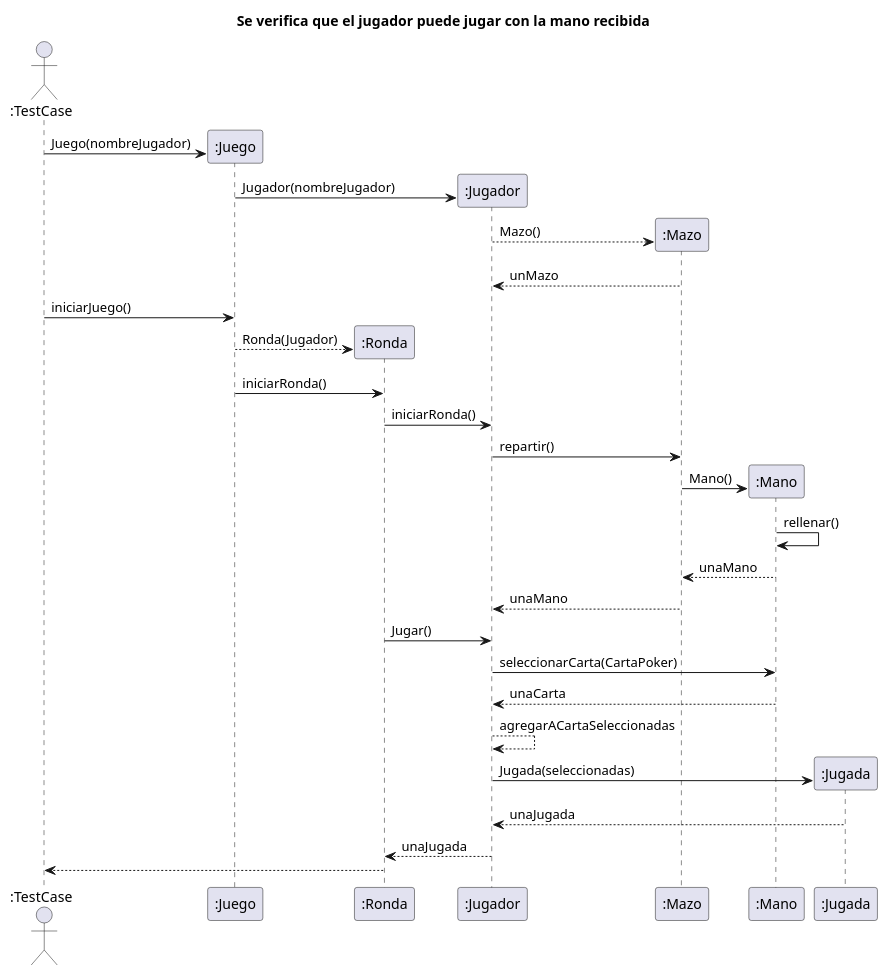
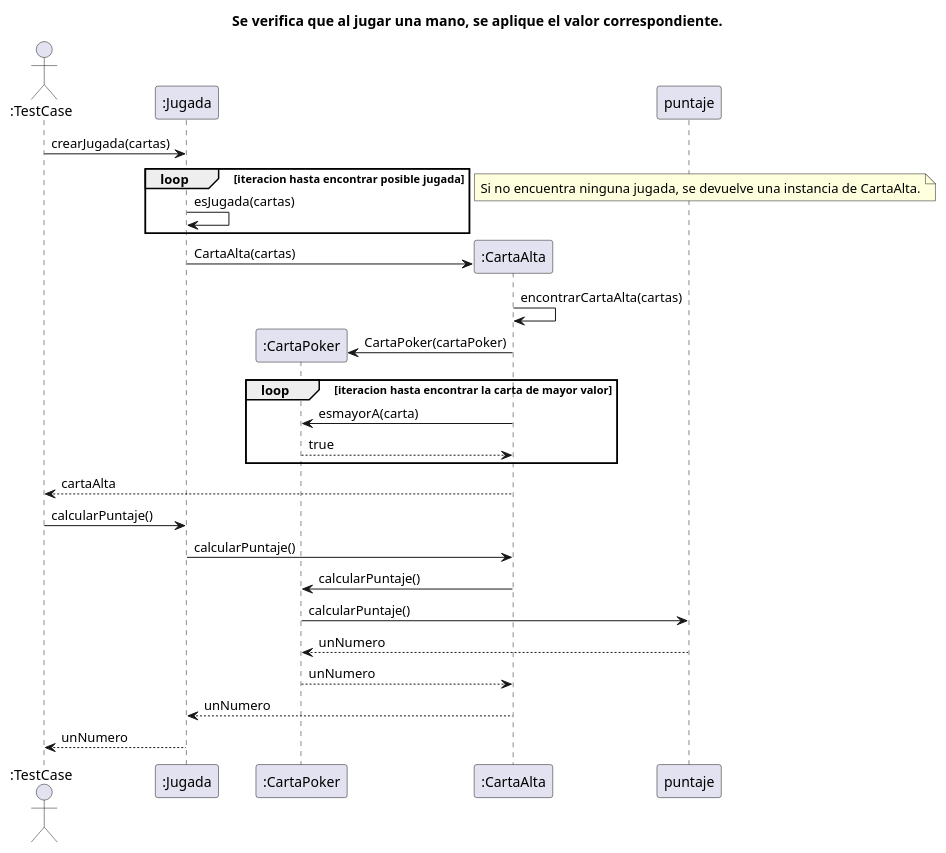
The diagram in diagrams/sequences/Entrega1/test04.puml (carruizdiaz1109/UBAlatro), drawn with PlantUML before and after one commit.

Commit message:
+DS test04

```diff
--- a/diagrams/sequences/Entrega1/test04.puml
+++ b/diagrams/sequences/Entrega1/test04.puml
@@ -1,40 +1,35 @@
 @startuml
 'https://plantuml.com/sequence-diagram
 
-title Se verifica que el jugador puede jugar con la mano recibida
+title Se verifica que al jugar una mano, se aplique el valor correspondiente.
 
 actor ":TestCase" as user
-participant ":Juego" as juego
-participant ":Ronda" as ronda
-participant ":Jugador" as jugador
-participant ":Mazo" as mazo
-participant ":Mano" as mano
+participant ":Jugada" as jugada
+participant ":CartaPoker" as cartaPoker
+participant ":CartaAlta" as cartaAlta
 
-user -> juego**: Juego(nombreJugador)
-juego -> jugador**: Jugador(nombreJugador)
-jugador --> mazo **: Mazo()
-mazo --> jugador: unMazo
-user -> juego: iniciarJuego()
+user -> jugada: crearJugada(cartas)
+    loop iteracion hasta encontrar posible jugada
+        jugada -> jugada: esJugada(cartas)
+    end
+    note left
+        Si no encuentra ninguna jugada, se devuelve una instancia de CartaAlta.
+    end note
+    jugada -> cartaAlta**: CartaAlta(cartas)
+        cartaAlta -> cartaAlta: encontrarCartaAlta(cartas)
+            cartaAlta -> cartaPoker**: CartaPoker(cartaPoker)
+            loop iteracion hasta encontrar la carta de mayor valor
+                cartaAlta -> cartaPoker: esmayorA(carta)
+                cartaPoker --> cartaAlta: true
+            end
+cartaAlta --> user: cartaAlta
 
-juego --> ronda**: Ronda(Jugador)
-juego -> ronda: iniciarRonda()
-ronda -> jugador: iniciarRonda()
-jugador -> mazo: repartir()
-mazo -> mano **: Mano()
-mano -> mano: rellenar()
-mano --> mazo: unaMano
-mazo --> jugador: unaMano
-
-ronda -> jugador:Jugar()
-
-jugador -> mano: seleccionarCarta(CartaPoker)
-mano --> jugador: unaCarta
-jugador --> jugador: agregarACartaSeleccionadas
-jugador -> ":Jugada" as jugada **: Jugada(seleccionadas)
-jugada --> jugador: unaJugada
-jugador --> ronda: unaJugada
-
-ronda --> user
-
-
+user -> jugada: calcularPuntaje()
+    jugada -> cartaAlta: calcularPuntaje()
+        cartaAlta -> cartaPoker: calcularPuntaje()
+            cartaPoker -> puntaje: calcularPuntaje()
+            puntaje --> cartaPoker: unNumero
+        cartaPoker --> cartaAlta: unNumero
+    cartaAlta --> jugada: unNumero
+jugada --> user: unNumero
 @enduml
```
